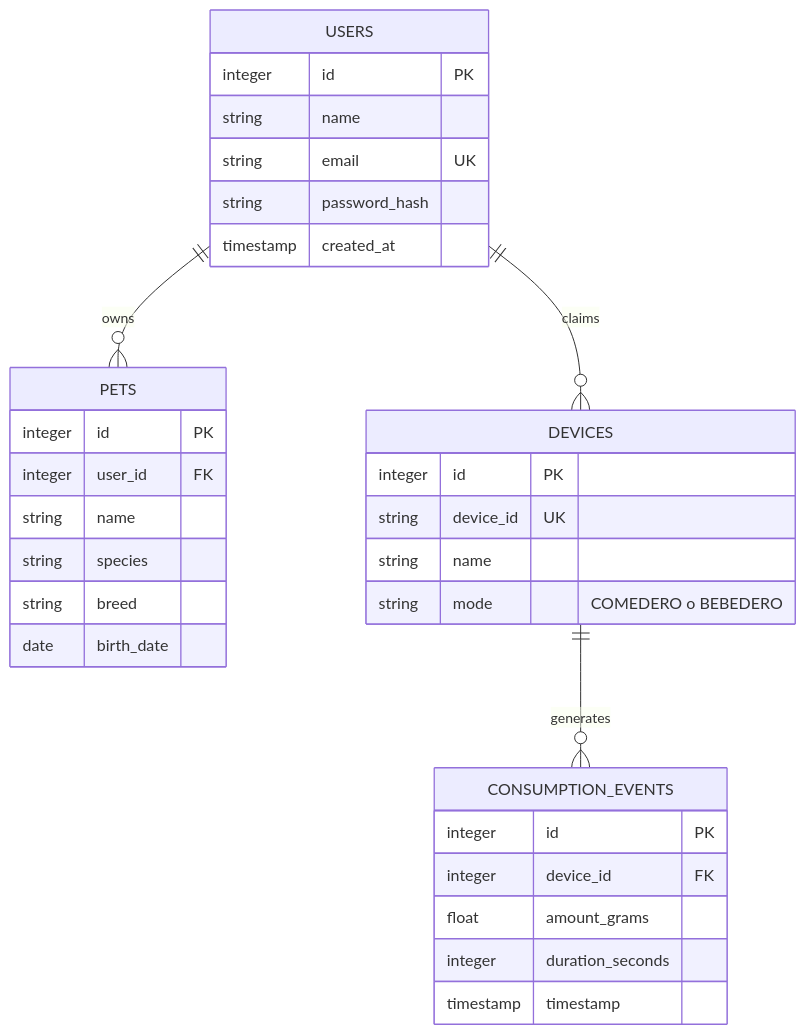
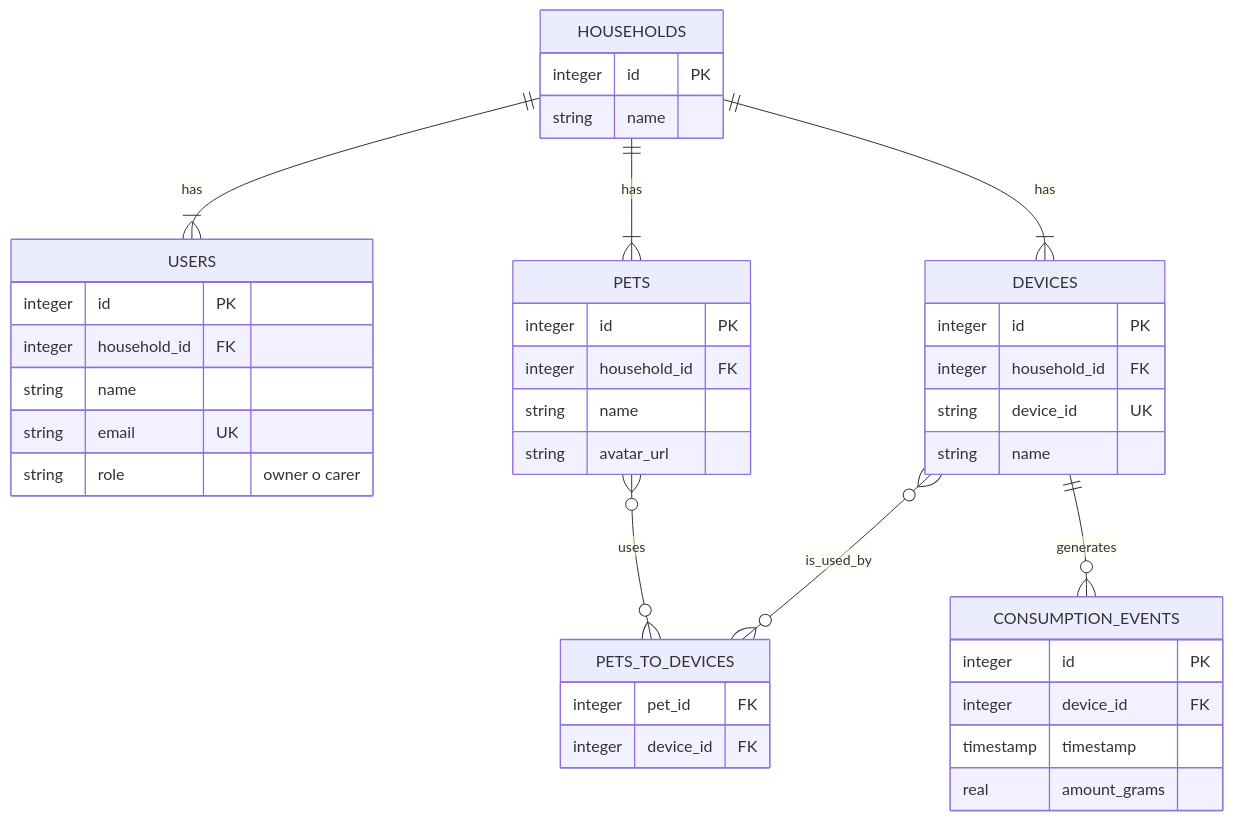
One commit to javo-mauro/kittypaw_1a changed the diagram in docs/tech/DISEÑO_BASE_DE_DATOS.md. Above: the diagram before and after it, drawn with Mermaid. The commit also changed other lines of this file and 3 other files, not shown here.

First line of the commit message:
docs(architecture): Define Onboarding v2.0 and Data Schema v2.1

````diff
--- a/docs/tech/DISEÑO_BASE_DE_DATOS.md
+++ b/docs/tech/DISEÑO_BASE_DE_DATOS.md
@@ -11,39 +14,50 @@
 ```mermaid
 erDiagram
+    HOUSEHOLDS {
+        integer id PK
+        string name
+    }
+
     USERS {
         integer id PK
+        integer household_id FK
         string name
         string email UK
-        string password_hash
-        timestamp created_at
+        string role "owner o carer"
     }
 
     PETS {
         integer id PK
-        integer user_id FK
+        integer household_id FK
         string name
-        string species
-        string breed
-        date birth_date
+        string avatar_url
     }
 
     DEVICES {
         integer id PK
+        integer household_id FK
         string device_id UK
         string name
-        string mode "COMEDERO o BEBEDERO"
     }
 
-    USERS ||--o{ PETS : owns
-    USERS ||--o{ DEVICES : claims
+    PETS_TO_DEVICES {
+        integer pet_id FK
+        integer device_id FK
+    }
+
+    HOUSEHOLDS ||--|{ USERS : has
+    HOUSEHOLDS ||--|{ PETS : has
+    HOUSEHOLDS ||--|{ DEVICES : has
+
+    PETS }o--o{ PETS_TO_DEVICES : uses
+    DEVICES }o--o{ PETS_TO_DEVICES : is_used_by
 
     CONSUMPTION_EVENTS {
         integer id PK
         integer device_id FK
-        float amount_grams
-        integer duration_seconds
         timestamp timestamp
+        real amount_grams
     }
 
     DEVICES ||--o{ CONSUMPTION_EVENTS : generates
 ```
````
